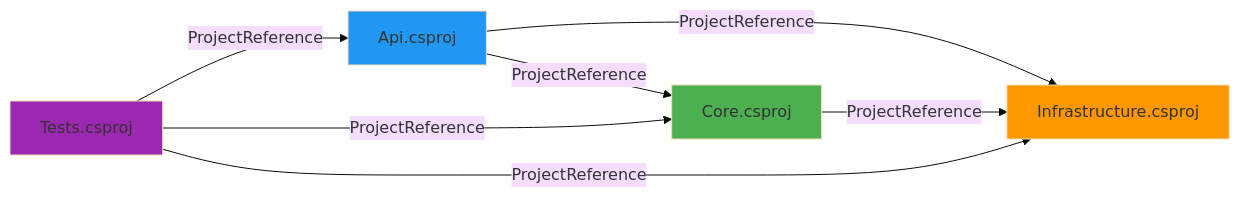
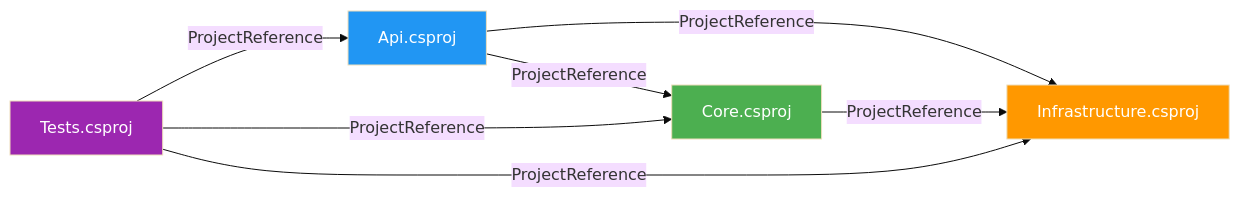
Before and after one commit to joseluisgs/DesarrolloWebEntornosServidor-01-2026-2027: the ninth of 13 diagrams in csharp_inicial/02-GestionProyectos.md, drawn with Mermaid (base theme). The commit also changed other lines of this file and 66 other files, not shown here.

First line of the commit message:
fix: normalizar titulos al castellano de frase y corregir la paleta de mermaid

````diff
--- a/csharp_inicial/02-GestionProyectos.md
+++ b/csharp_inicial/02-GestionProyectos.md
@@ -575,14 +575,14 @@
 ```mermaid
 flowchart LR
     A["Api.csproj"] -->|"ProjectReference"| B["Core.csproj"]
     A -->|"ProjectReference"| C["Infrastructure.csproj"]
     B -->|"ProjectReference"| C
     D["Tests.csproj"] -->|"ProjectReference"| A
     D -->|"ProjectReference"| B
     D -->|"ProjectReference"| C
 
-    style A fill:#2196F3
-    style B fill:#4CAF50
-    style C fill:#FF9800
-    style D fill:#9C27B0
+    style A fill:#2196F3,color:#fff
+    style B fill:#4CAF50,color:#fff
+    style C fill:#FF9800,color:#fff
+    style D fill:#9C27B0,color:#fff
 ```
````
